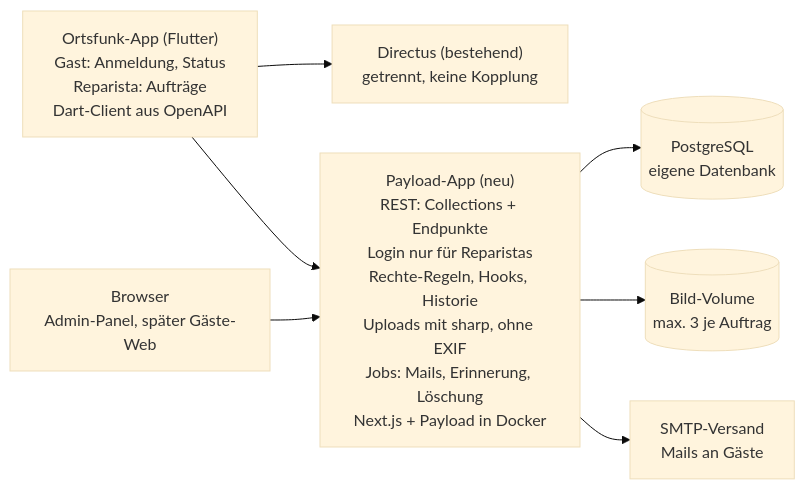
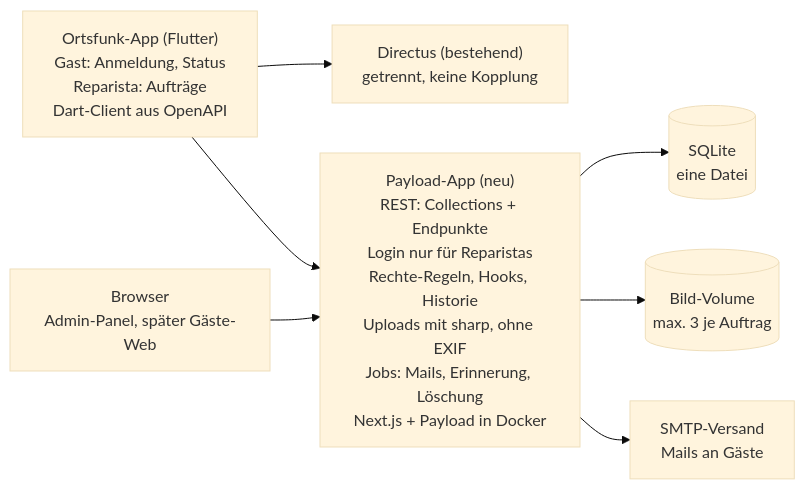
One commit to avenqo/reparierbar changed the first of 2 diagrams in docs/ReparierBar-Konzept.md. Above: the diagram before and after it, drawn with Mermaid (base theme). The commit also changed other lines of this file and 88 other files, not shown here.

````diff
--- a/docs/ReparierBar-Konzept.md
+++ b/docs/ReparierBar-Konzept.md
@@ -43,17 +43,17 @@
 ```mermaid
 flowchart LR
   app["Ortsfunk-App (Flutter)<br/>Gast: Anmeldung, Status<br/>Reparista: Aufträge<br/>Dart-Client aus OpenAPI"]
   browser["Browser<br/>Admin-Panel, später Gäste-Web"]
   directus["Directus (bestehend)<br/>getrennt, keine Kopplung"]
   payload["Payload-App (neu)<br/>REST: Collections + Endpunkte<br/>Login nur für Reparistas<br/>Rechte-Regeln, Hooks, Historie<br/>Uploads mit sharp, ohne EXIF<br/>Jobs: Mails, Erinnerung, Löschung<br/>Next.js + Payload in Docker"]
-  db[("PostgreSQL<br/>eigene Datenbank")]
+  db[("SQLite<br/>eine Datei")]
   bilder[("Bild-Volume<br/>max. 3 je Auftrag")]
   smtp["SMTP-Versand<br/>Mails an Gäste"]
 
   app --> directus
   app --> payload
   browser --> payload
   payload --> db
   payload --> bilder
   payload --> smtp
 ```
````
